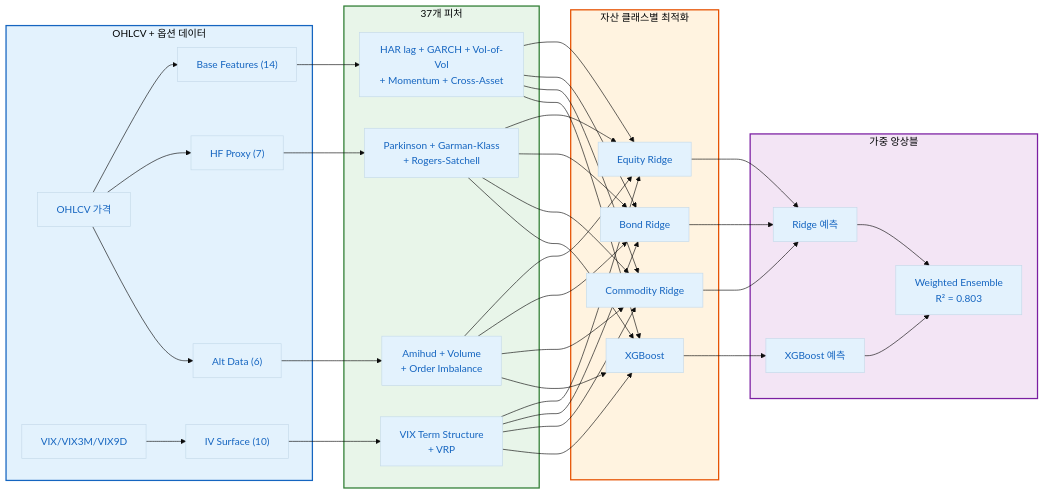
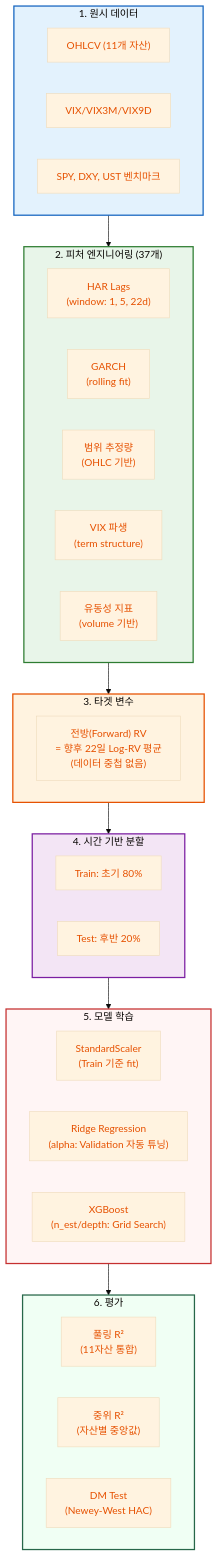
Before and after one commit to 15tkdgns/vrp-paper: the first of 2 diagrams in experiments/22day_prediction.qmd, drawn with Mermaid. The commit also changed other lines of this file and 347 other files, not shown here.

````diff
--- a/experiments/22day_prediction.qmd
+++ b/experiments/22day_prediction.qmd
@@ -89,35 +626,50 @@
 ```{mermaid}
-%%{init: {'theme': 'base', 'themeVariables': { 'primaryColor': '#E3F2FD', 'primaryTextColor': '#1565C0'}}}%%
-flowchart LR
-    subgraph DATA["OHLCV + 옵션 데이터"]
-        A["OHLCV 가격"] --> B["Base Features (14)"]
-        A --> C["HF Proxy (7)"]
-        D["VIX/VIX3M/VIX9D"] --> E["IV Surface (10)"]
-        A --> F["Alt Data (6)"]
-    end
-    
-    subgraph FEATURES["37개 피처"]
-        B --> G["HAR lag + GARCH + Vol-of-Vol\n+ Momentum + Cross-Asset"]
-        C --> H["Parkinson + Garman-Klass\n+ Rogers-Satchell"]
-        E --> I["VIX Term Structure\n+ VRP"]
-        F --> J["Amihud + Volume\n+ Order Imbalance"]
-    end
-    
-    subgraph MODELS["자산 클래스별 최적화"]
-        G & H & I & J --> K["Equity Ridge"]
-        G & H & I & J --> L["Bond Ridge"]
-        G & H & I & J --> M["Commodity Ridge"]
-        G & H & I & J --> N["XGBoost"]
-    end
-    
-    subgraph ENSEMBLE["가중 앙상블"]
-        K & L & M --> O["Ridge 예측"]
-        N --> P["XGBoost 예측"]
-        O & P --> Q["Weighted Ensemble\nR² = 0.803"]
+%%{init: {'theme': 'base', 'themeVariables': { 'primaryColor': '#FFF3E0', 'primaryTextColor': '#E65100'}}}%%
+flowchart TB
+    subgraph INPUT["1. 원시 데이터"]
+        I1["OHLCV (11개 자산)"] 
+        I2["VIX/VIX3M/VIX9D"]
+        I3["SPY, DXY, UST 벤치마크"]
     end
 
-    style DATA fill:#E3F2FD,stroke:#1565C0,stroke-width:2px
-    style FEATURES fill:#E8F5E9,stroke:#2E7D32,stroke-width:2px
-    style MODELS fill:#FFF3E0,stroke:#E65100,stroke-width:2px
-    style ENSEMBLE fill:#F3E5F5,stroke:#7B1FA2,stroke-width:2px
+    subgraph FE["2. 피처 엔지니어링 (37개)"]
+        direction LR
+        F1["HAR Lags\n(window: 1, 5, 22d)"]
+        F2["GARCH\n(rolling fit)"]
+        F3["범위 추정량\n(OHLC 기반)"]
+        F4["VIX 파생\n(term structure)"]
+        F5["유동성 지표\n(volume 기반)"]
+    end
+
+    subgraph TARGET["3. 타겟 변수"]
+        T1["전방(Forward) RV\n= 향후 22일 Log-RV 평균\n(데이터 중첩 없음)"]
+    end
+
+    subgraph SPLIT["4. 시간 기반 분할"]
+        S1["Train: 초기 80%"]
+        S2["Test: 후반 20%"]
+    end
+
+    subgraph MODEL["5. 모델 학습"]
+        M1["StandardScaler\n(Train 기준 fit)"]
+        M2["Ridge Regression\n(alpha: Validation 자동 튜닝)"]
+        M3["XGBoost\n(n_est/depth: Grid Search)"]
+    end
+
+    subgraph EVAL["6. 평가"]
+        E1["풀링 R²\n(11자산 통합)"]
+        E2["중위 R²\n(자산별 중앙값)"]
+        E3["DM Test\n(Newey-West HAC)"]
+    end
+
+    INPUT --> FE --> TARGET
+    TARGET --> SPLIT
+    SPLIT --> MODEL --> EVAL
+
+    style INPUT fill:#E3F2FD,stroke:#1565C0,stroke-width:2px
+    style FE fill:#E8F5E9,stroke:#2E7D32,stroke-width:2px
+    style TARGET fill:#FFF3E0,stroke:#E65100,stroke-width:2px
+    style SPLIT fill:#F3E5F5,stroke:#7B1FA2,stroke-width:2px
+    style MODEL fill:#FFF5F5,stroke:#C53030,stroke-width:2px
+    style EVAL fill:#F0FFF4,stroke:#276749,stroke-width:2px
 ```
````
